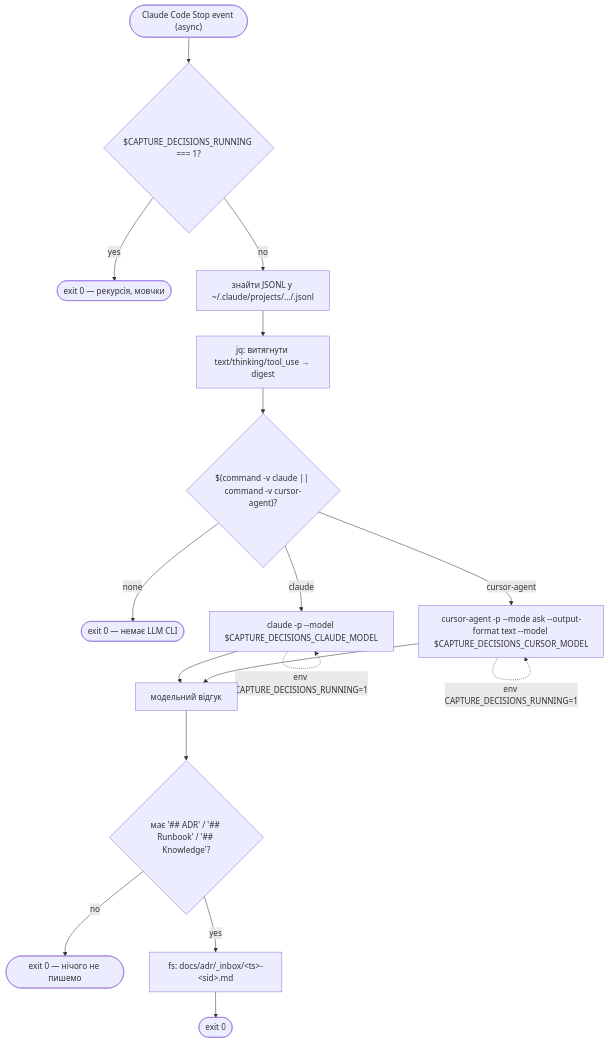
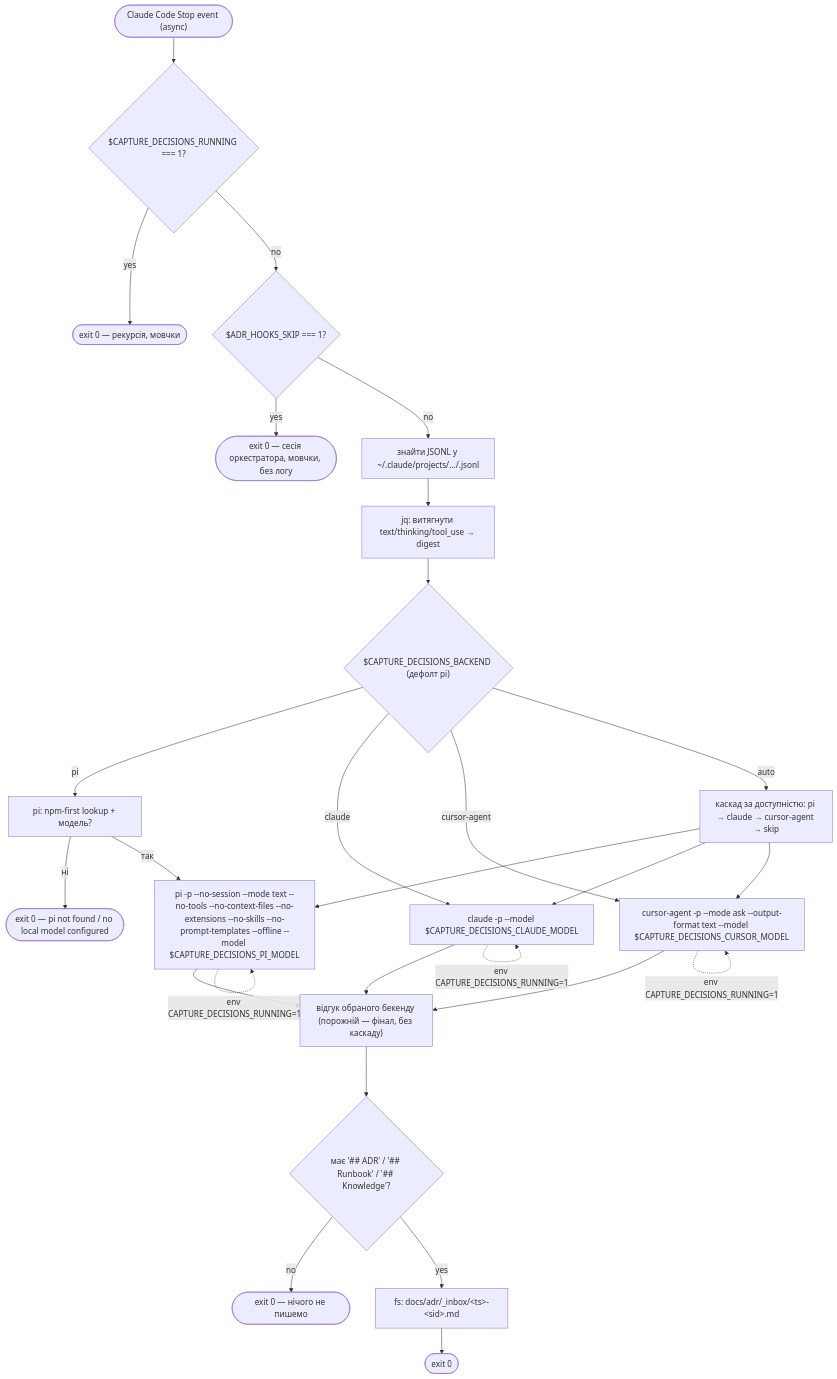
Before and after one commit to nitra/7n-rules: the sixth of 6 diagrams in docs/ci4/04-code.md, drawn with Mermaid. The commit also changed other lines of this file and 33 other files, not shown here.

````diff
--- a/docs/ci4/04-code.md
+++ b/docs/ci4/04-code.md
@@ -155,19 +155,29 @@
 ```mermaid
 flowchart TD
     enter(["Claude Code Stop event (async)"]) --> envCheck{"$CAPTURE_DECISIONS_RUNNING === 1?"}
     envCheck -- yes --> exitGuard(["exit 0 — рекурсія, мовчки"])
-    envCheck -- no --> findTranscript["знайти JSONL у ~/.claude/projects/.../<sid>.jsonl"]
+    envCheck -- no --> skipCheck{"$ADR_HOOKS_SKIP === 1?"}
+    skipCheck -- yes --> exitSkip(["exit 0 — сесія оркестратора, мовчки, без логу"])
+    skipCheck -- no --> findTranscript["знайти JSONL у ~/.claude/projects/.../<sid>.jsonl"]
     findTranscript --> jq["jq: витягнути text/thinking/tool_use → digest"]
-    jq --> haveTools{"$(command -v claude || command -v cursor-agent)?"}
-    haveTools -- none --> exitNoTool(["exit 0 — немає LLM CLI"])
-    haveTools -- claude --> spawnClaude["claude -p --model $CAPTURE_DECISIONS_CLAUDE_MODEL"]
-    haveTools -- cursor-agent --> spawnCursor["cursor-agent -p --mode ask --output-format text --model $CAPTURE_DECISIONS_CURSOR_MODEL"]
-    spawnClaude --> output["модельний відгук"]
+    jq --> backend{"$CAPTURE_DECISIONS_BACKEND (дефолт pi)"}
+    backend -- pi --> tryPi["pi: npm-first lookup + модель?"]
+    tryPi -- ні --> exitNoPi(["exit 0 — pi not found / no local model configured"])
+    tryPi -- так --> spawnPi["pi -p --no-session --mode text --no-tools --no-context-files --no-extensions --no-skills --no-prompt-templates --offline --model $CAPTURE_DECISIONS_PI_MODEL"]
+    backend -- claude --> spawnClaude["claude -p --model $CAPTURE_DECISIONS_CLAUDE_MODEL"]
+    backend -- cursor-agent --> spawnCursor["cursor-agent -p --mode ask --output-format text --model $CAPTURE_DECISIONS_CURSOR_MODEL"]
+    backend -- auto --> autoCascade["каскад за доступністю: pi → claude → cursor-agent → skip"]
+    autoCascade --> spawnPi
+    autoCascade --> spawnClaude
+    autoCascade --> spawnCursor
+    spawnPi --> output["відгук обраного бекенду (порожній — фінал, без каскаду)"]
+    spawnClaude --> output
     spawnCursor --> output
     output --> hasBlock{"має '## ADR' / '## Runbook' / '## Knowledge'?"}
     hasBlock -- no --> exitNone(["exit 0 — нічого не пишемо"])
     hasBlock -- yes --> writeFile["fs: docs/adr/_inbox/&lt;ts&gt;-&lt;sid&gt;.md"]
     writeFile --> done(["exit 0"])
+    spawnPi -. "env CAPTURE_DECISIONS_RUNNING=1" .-> spawnPi
     spawnClaude -. "env CAPTURE_DECISIONS_RUNNING=1" .-> spawnClaude
     spawnCursor -. "env CAPTURE_DECISIONS_RUNNING=1" .-> spawnCursor
 ```
````
